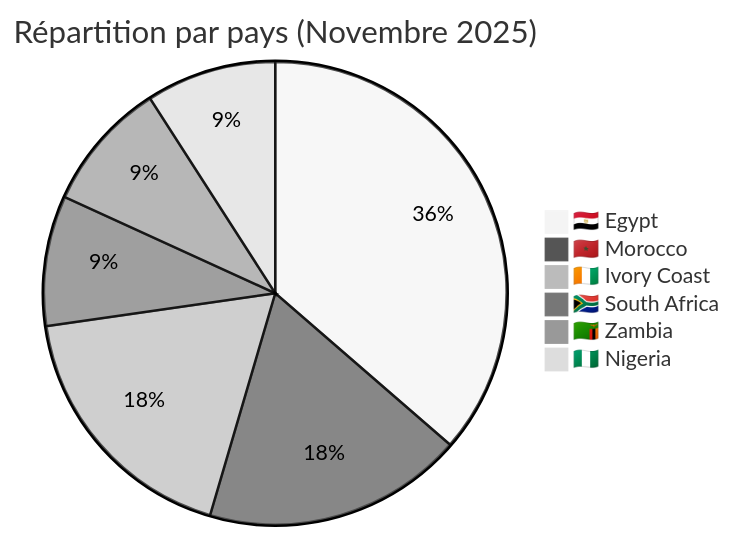
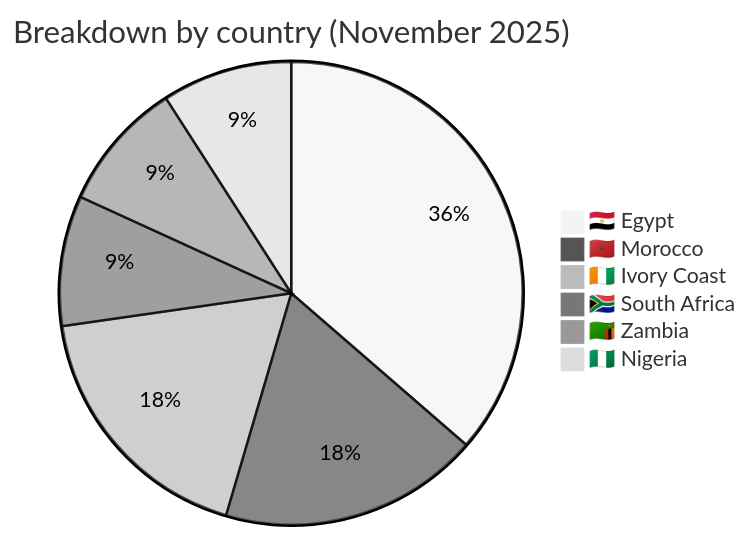
The third of 4 diagrams in reports/2025/11-november/README.md (Hatchepsoute/AFRINTEL), drawn with Mermaid (neutral theme) before and after one commit. The commit also changed 1 other file, not shown here.

Commit message:
Rapport CTI : Cyberattaques en Afrique - Novembre 2025 (11 victimes)

````diff
--- a/reports/2025/11-november/README.md
+++ b/reports/2025/11-november/README.md
@@ -106,9 +106,9 @@
 ```mermaid
-pie title Répartition par pays (Novembre 2025)
+pie title Breakdown by country (November 2025)
     "🇪🇬 Egypt" : 4
     "🇲🇦 Morocco" : 2
     "🇨🇮 Ivory Coast" : 2
     "🇿🇦 South Africa" : 1
     "🇿🇲 Zambia" : 1
     "🇳🇬 Nigeria" : 1
 ```
````
